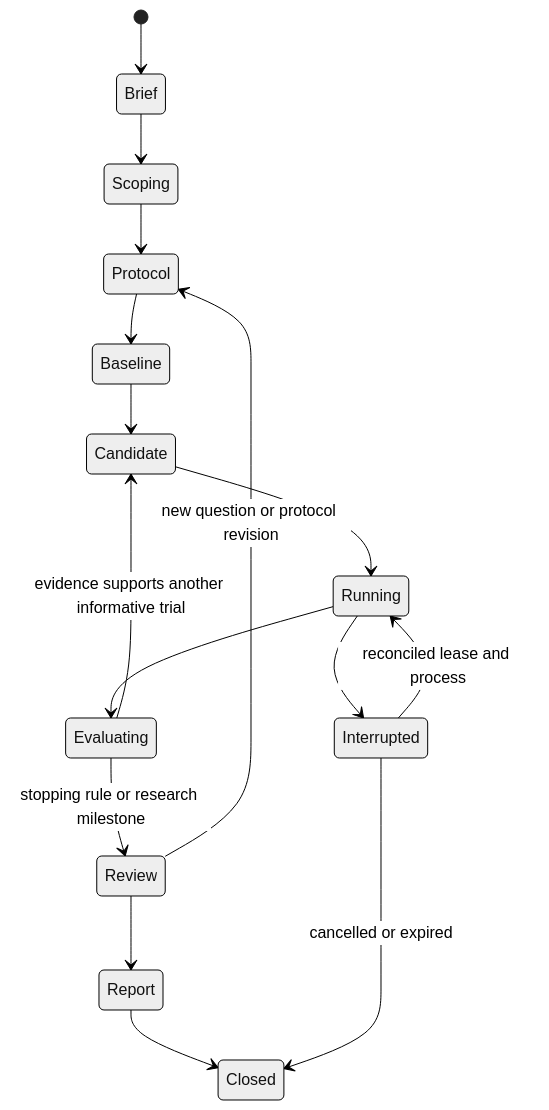
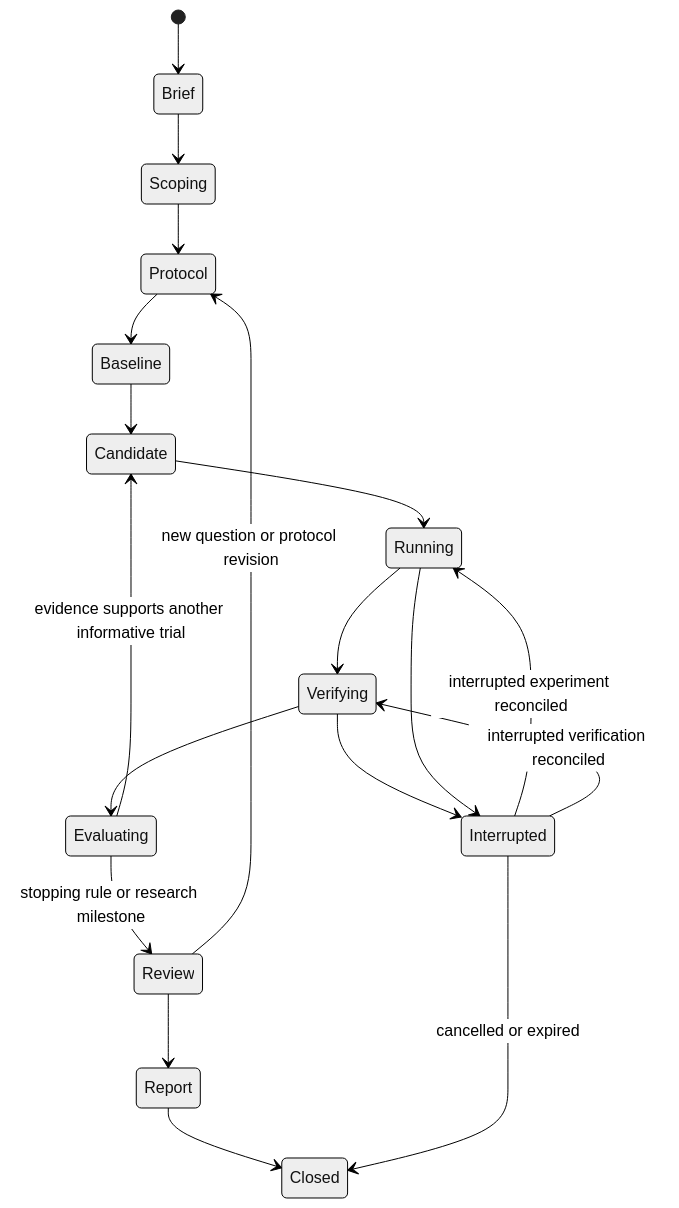
Before and after one commit to moruku36/ai-agent-scientist: the diagram in docs/04-research-workflow.md, drawn with Mermaid (neutral theme). The commit also changed other lines of this file and 41 other files, not shown here.

````diff
--- a/docs/04-research-workflow.md
+++ b/docs/04-research-workflow.md
@@ -7,18 +7,21 @@
 ```mermaid
 stateDiagram-v2
     [*] --> Brief
     Brief --> Scoping
     Scoping --> Protocol
     Protocol --> Baseline
     Baseline --> Candidate
     Candidate --> Running
-    Running --> Evaluating
+    Running --> Verifying
+    Verifying --> Evaluating
+    Verifying --> Interrupted
     Evaluating --> Candidate: evidence supports another informative trial
     Evaluating --> Review: stopping rule or research milestone
     Review --> Protocol: new question or protocol revision
     Review --> Report
     Report --> Closed
     Running --> Interrupted
-    Interrupted --> Running: reconciled lease and process
+    Interrupted --> Running: interrupted experiment reconciled
+    Interrupted --> Verifying: interrupted verification reconciled
     Interrupted --> Closed: cancelled or expired
 ```
````
